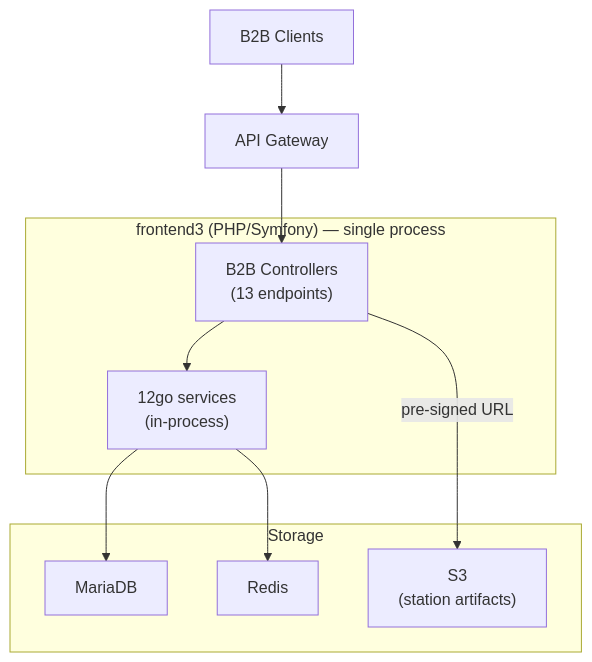
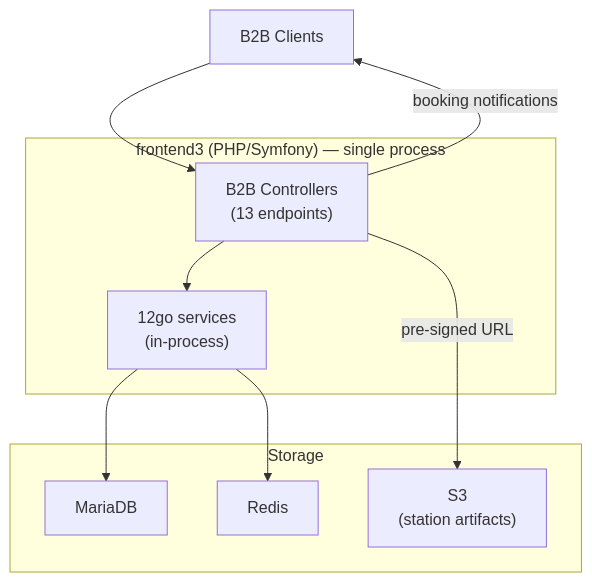
The third of 6 diagrams in presentation/meeting-brief.md (sosotravelier/tc-transition-to-12go), drawn with Mermaid before and after one commit. The commit also changed other lines of this file, not shown here.

First line of the commit message:
Target architectures: remove API gateway, add notifications, split Search

````diff
--- a/presentation/meeting-brief.md
+++ b/presentation/meeting-brief.md
@@ -75,23 +76,22 @@
 ```mermaid
 flowchart TB
     Client["B2B Clients"]
-    GW["API Gateway"]
-    Client --> GW
 
     subgraph frontend3["frontend3 (PHP/Symfony) — single process"]
         B2b["B2B Controllers\n(13 endpoints)"]
         TwelveGo["12go services\n(in-process)"]
     end
 
     subgraph storage["Storage"]
         MariaDB["MariaDB"]
         Redis["Redis"]
         S3["S3\n(station artifacts)"]
     end
 
-    GW --> B2b
+    Client --> B2b
     B2b --> TwelveGo
     TwelveGo --> MariaDB
     TwelveGo --> Redis
     B2b -->|"pre-signed URL"| S3
+    B2b -->|"booking notifications"| Client
 ```
````
